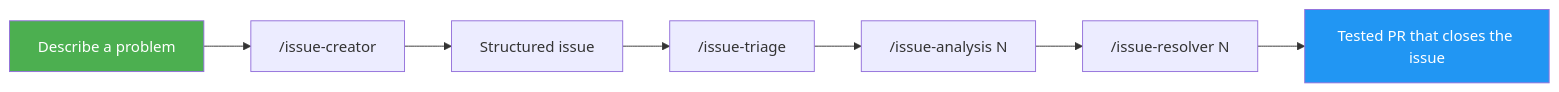
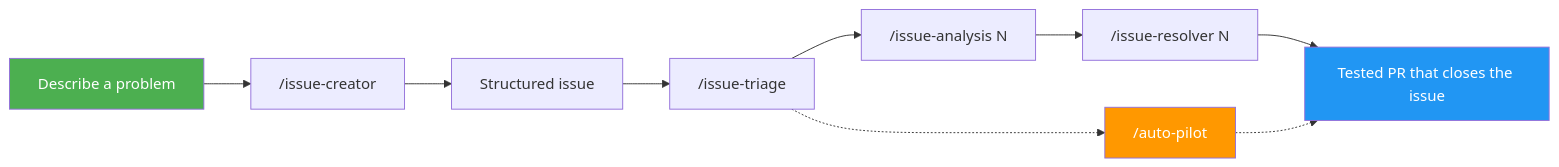
Before and after one commit to luongnv89/idd: the first of 2 diagrams in README.md, drawn with Mermaid. The commit also changed other lines of this file and 1 other file, not shown here.

First line of the commit message:
docs(readme): add auto-pilot skill and v0.3.0 changelog updates

````diff
--- a/README.md
+++ b/README.md
@@ -38,12 +38,15 @@
 ```mermaid
 graph LR
     A["Describe a problem"] --> B["/issue-creator"]
     B --> C["Structured issue"]
     C --> D["/issue-triage"]
     D --> E["/issue-analysis N"]
     E --> F["/issue-resolver N"]
     F --> G["Tested PR that closes the issue"]
+    D -.-> H["/auto-pilot"]
+    H -.-> G
 
     style A fill:#4CAF50,color:#fff
     style G fill:#2196F3,color:#fff
+    style H fill:#FF9800,color:#fff
 ```
````
